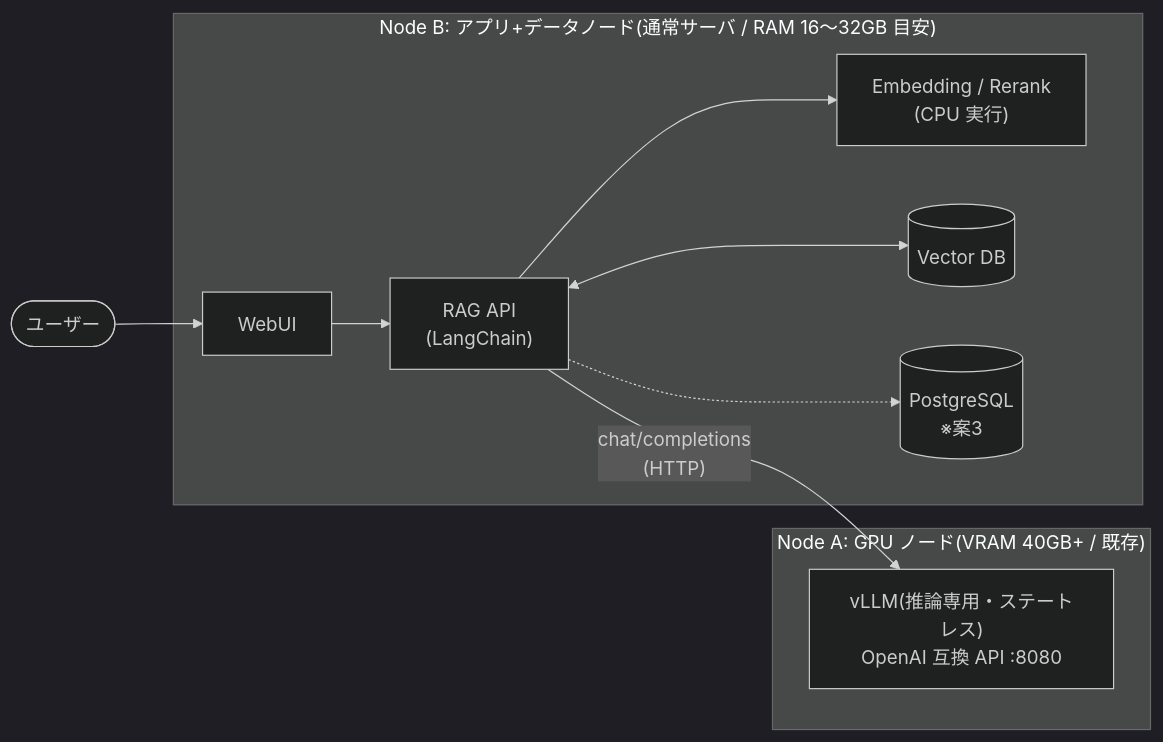
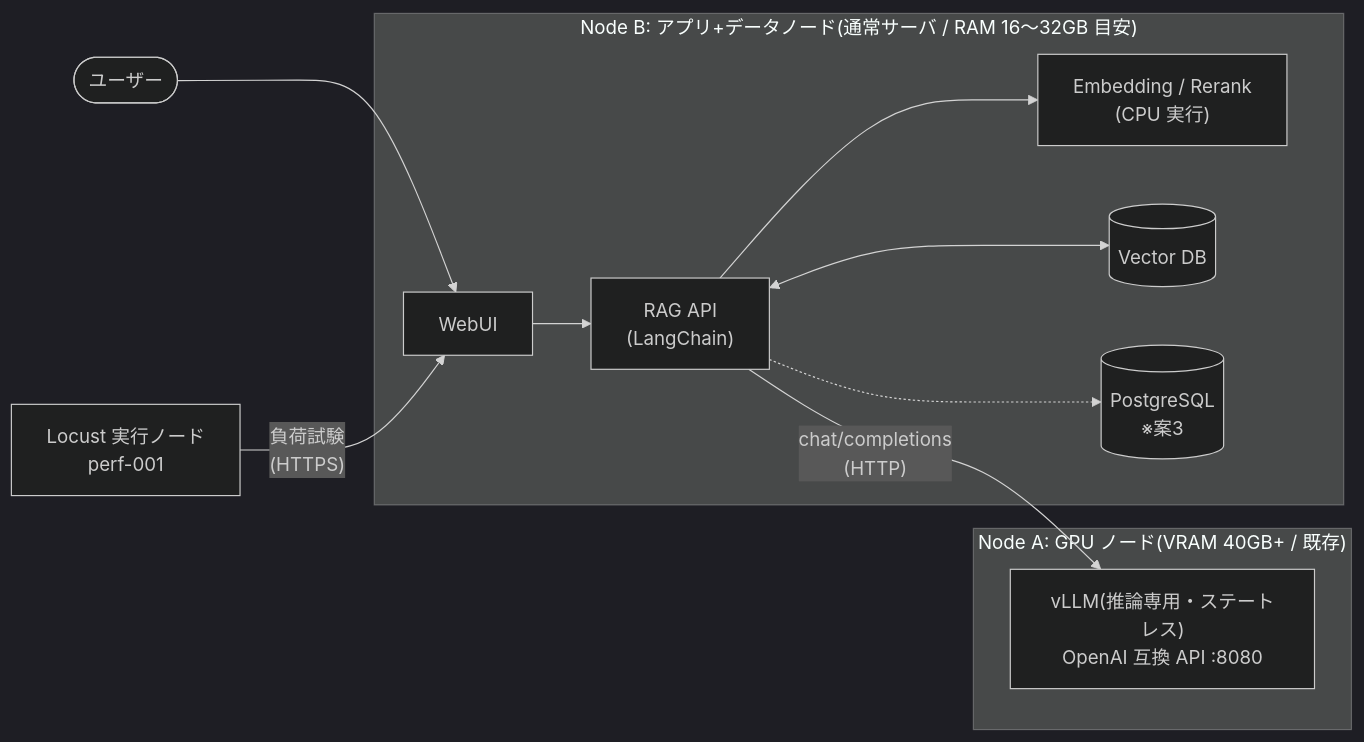
Before and after one commit to irimura/rag-system: the second of 2 diagrams in 01-design/README.md, drawn with Mermaid (dark theme). The commit also changed other lines of this file and 9 other files, not shown here.

````diff
--- a/01-design/README.md
+++ b/01-design/README.md
@@ -60,23 +60,25 @@
 ```mermaid
 flowchart LR
     U(["ユーザー"])
+    PERF["Locust 実行ノード<br/>perf-001"]
 
     subgraph nodeB["Node B: アプリ+データノード(通常サーバ / RAM 16〜32GB 目安)"]
         UI["WebUI"]
         API["RAG API<br/>(LangChain)"]
         TEI["Embedding / Rerank<br/>(CPU 実行)"]
         VDB[("Vector DB")]
         PG[("PostgreSQL<br/>※案3")]
         UI --> API
         API --> TEI
         API <--> VDB
         API -.-> PG
     end
 
     subgraph nodeA["Node A: GPU ノード(VRAM 40GB+ / 既存)"]
         VLLM["vLLM(推論専用・ステートレス)<br/>OpenAI 互換 API :8080"]
     end
 
     U --> UI
+    PERF -->|"負荷試験<br/>(HTTPS)"| UI
     API -->|"chat/completions<br/>(HTTP)"| VLLM
 ```
````
